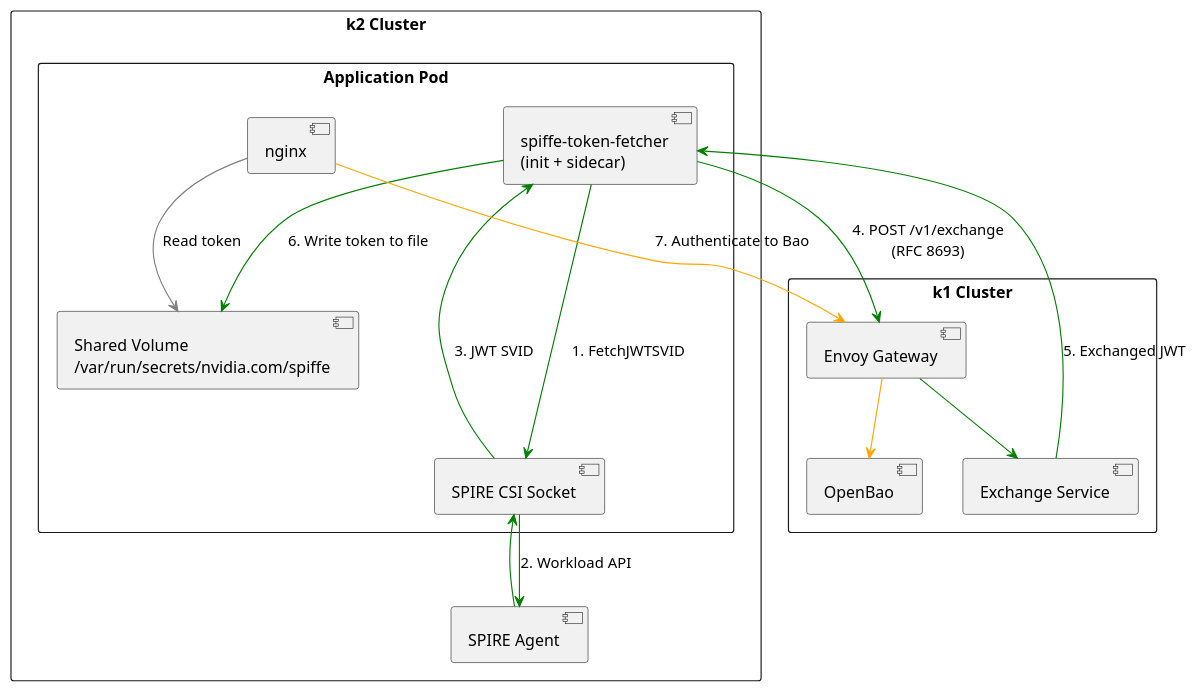
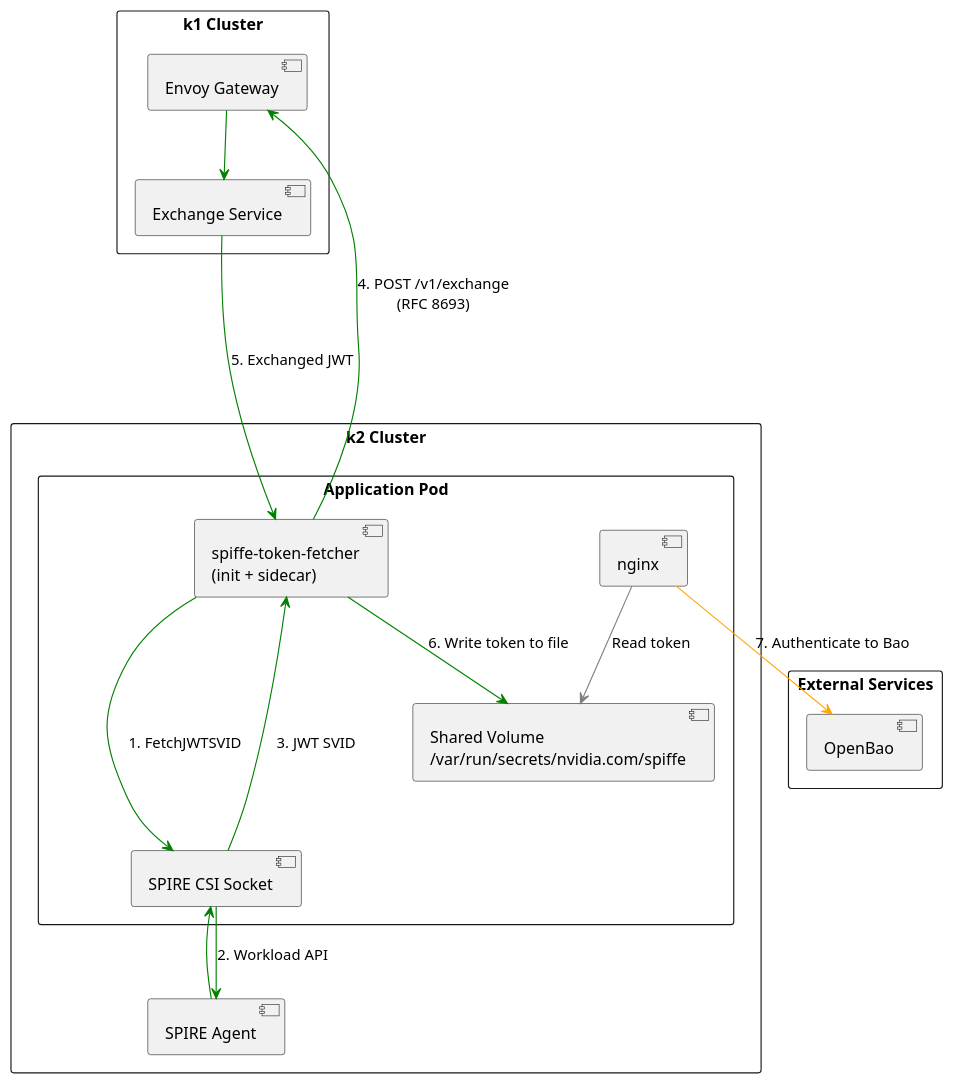
The second of 5 diagrams in README.md (dsx-ai-factory/nvidia-workload-identity), drawn with PlantUML before and after one commit. The commit also changed other lines of this file, not shown here.

Commit message:
docs: diagrams show external bao

````diff
--- a/README.md
+++ b/README.md
@@ -152,41 +155,43 @@
 ```plantuml
 @startuml Pod Workload
 
 skinparam packageStyle rectangle
 
 package "k1 Cluster" as K1 {
-  [OpenBao] as Bao
   [Exchange Service] as Exchange
   [Envoy Gateway] as GW1
+}
+
+package "External Services" as External {
+  [OpenBao] as Bao
 }
 
 package "k2 Cluster" as K2 {
   [SPIRE Agent] as SpireAgent
   
   package "Application Pod" as AppPod {
     [nginx] as App
     [spiffe-token-fetcher\n(init + sidecar)] as Fetcher
     [SPIRE CSI Socket] as SpireCSI
     [Shared Volume\n/var/run/secrets/nvidia.com/spiffe] as TokenVol
   }
 }
 
 ' Token fetcher flow
 Fetcher -[#green]-> SpireCSI : 1. FetchJWTSVID
 SpireCSI -[#green]-> SpireAgent : 2. Workload API
 SpireAgent -[#green]--> SpireCSI
 SpireCSI -[#green]--> Fetcher : 3. JWT SVID
 Fetcher -[#green]-> GW1 : 4. POST /v1/exchange\n(RFC 8693)
 GW1 -[#green]-> Exchange
 Exchange -[#green]--> Fetcher : 5. Exchanged JWT
 Fetcher -[#green]-> TokenVol : 6. Write token to file
 
 ' App reads token
 App -[#gray]-> TokenVol : Read token
 
 ' App to Bao
-App -[#orange]-> GW1 : 7. Authenticate to Bao
-GW1 -[#orange]-> Bao
+App -[#orange]-> Bao : 7. Authenticate to Bao
 
 @enduml
 ```
````
